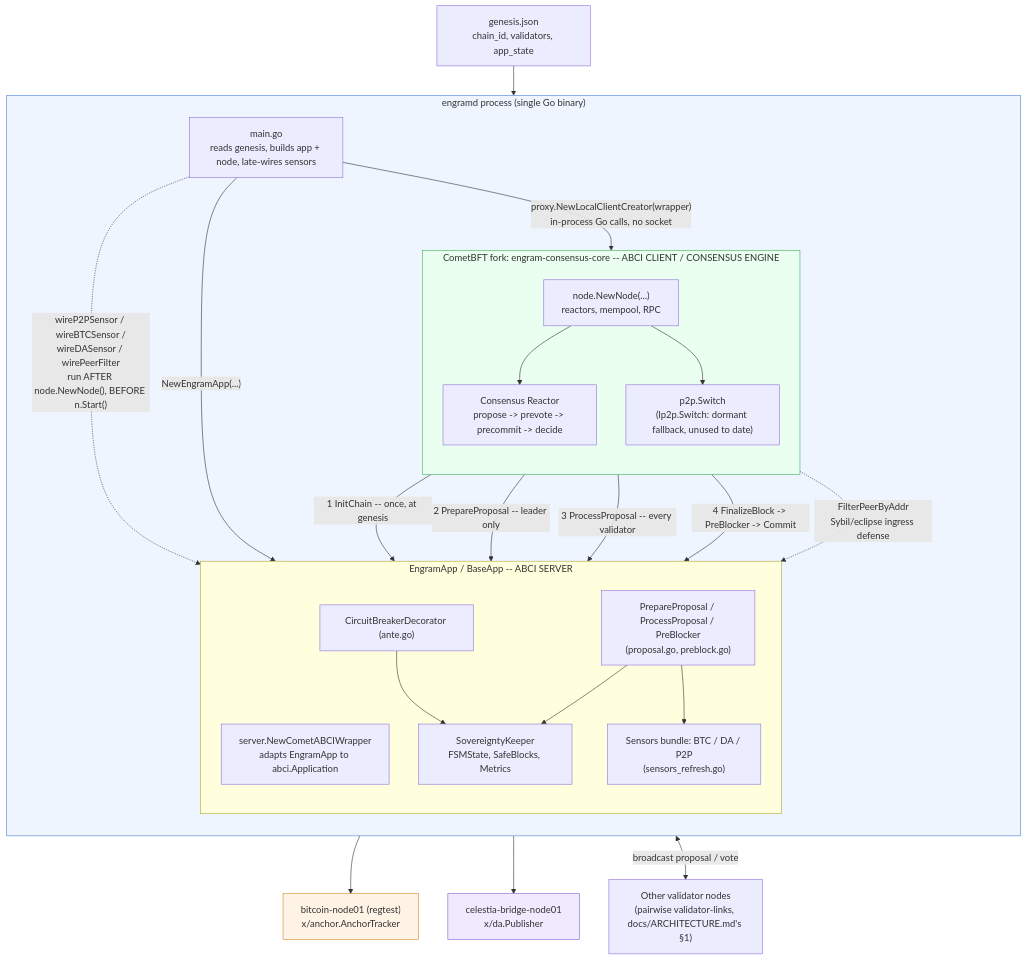
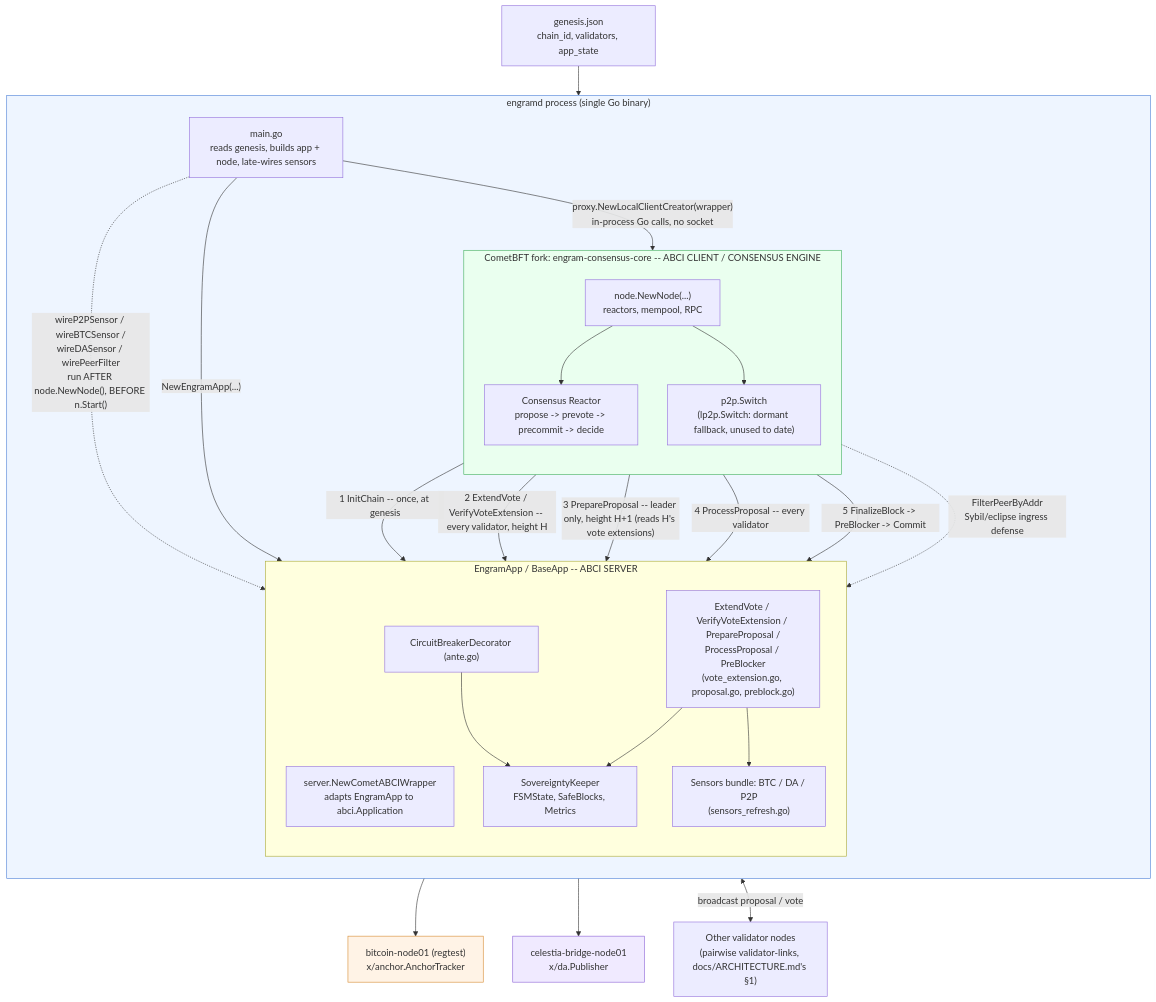
The second of 4 diagrams in docs/DEVELOPMENT.md (cuongct924/engram-sovereign-fsm), drawn with Mermaid before and after one commit. The commit also changed other lines of this file and 7 other files, not shown here.

````diff
--- a/docs/DEVELOPMENT.md
+++ b/docs/DEVELOPMENT.md
@@ -408,55 +388,56 @@
 ```mermaid
 flowchart TB
     genfile["genesis.json<br/>chain_id, validators, app_state"]
 
     subgraph PROC["engramd process (single Go binary)"]
         direction TB
         mainfn["main.go<br/>reads genesis, builds app + node, late-wires sensors"]
 
         subgraph APP["EngramApp / BaseApp -- ABCI SERVER"]
             direction TB
             wrapper["server.NewCometABCIWrapper<br/>adapts EngramApp to abci.Application"]
             ante["CircuitBreakerDecorator (ante.go)"]
-            hooks["PrepareProposal / ProcessProposal / PreBlocker<br/>(proposal.go, preblock.go)"]
+            hooks["ExtendVote / VerifyVoteExtension / PrepareProposal /<br/>ProcessProposal / PreBlocker<br/>(vote_extension.go, proposal.go, preblock.go)"]
             keeper["SovereigntyKeeper<br/>FSMState, SafeBlocks, Metrics"]
             sensors["Sensors bundle: BTC / DA / P2P<br/>(sensors_refresh.go)"]
         end
 
         subgraph NODE["CometBFT fork: engram-consensus-core -- ABCI CLIENT / CONSENSUS ENGINE"]
             direction TB
             nodenew["node.NewNode(...)<br/>reactors, mempool, RPC"]
             consensus["Consensus Reactor<br/>propose -> prevote -> precommit -> decide"]
             pswitch["p2p.Switch<br/>(lp2p.Switch: dormant fallback, unused to date)"]
         end
     end
 
     peer1["Other validator nodes<br/>(pairwise validator-links, docs/ARCHITECTURE.md's §1)"]
     btc["bitcoin-node01 (regtest)<br/>x/anchor.AnchorTracker"]
     celestia["celestia-bridge-node01<br/>x/da.Publisher"]
 
     genfile --> mainfn
     mainfn -->|"NewEngramApp(...)"| APP
     mainfn -->|"proxy.NewLocalClientCreator(wrapper)<br/>in-process Go calls, no socket"| nodenew
     nodenew --> consensus
     nodenew --> pswitch
     mainfn -.->|"wireP2PSensor / wireBTCSensor /<br/>wireDASensor / wirePeerFilter<br/>run AFTER node.NewNode(), BEFORE n.Start()"| sensors
 
     consensus -->|"1 InitChain -- once, at genesis"| hooks
-    consensus -->|"2 PrepareProposal -- leader only"| hooks
-    consensus -->|"3 ProcessProposal -- every validator"| hooks
-    consensus -->|"4 FinalizeBlock -> PreBlocker -> Commit"| hooks
+    consensus -->|"2 ExtendVote / VerifyVoteExtension -- every validator, height H"| hooks
+    consensus -->|"3 PrepareProposal -- leader only, height H+1 (reads H's vote extensions)"| hooks
+    consensus -->|"4 ProcessProposal -- every validator"| hooks
+    consensus -->|"5 FinalizeBlock -> PreBlocker -> Commit"| hooks
 
     hooks --> keeper
     hooks --> sensors
     ante --> keeper
     sensors --> btc
     sensors --> celestia
 
     pswitch <-->|"broadcast proposal / vote"| peer1
     pswitch -.->|"FilterPeerByAddr<br/>Sybil/eclipse ingress defense"| keeper
 
     style PROC fill:#eef5ff,stroke:#4a7fd6
     style NODE fill:#eaffef,stroke:#3fae5c
     style btc fill:#fff3e6,stroke:#d68a30
     style celestia fill:#f0eaff,stroke:#8a5fd6
 ```
````
